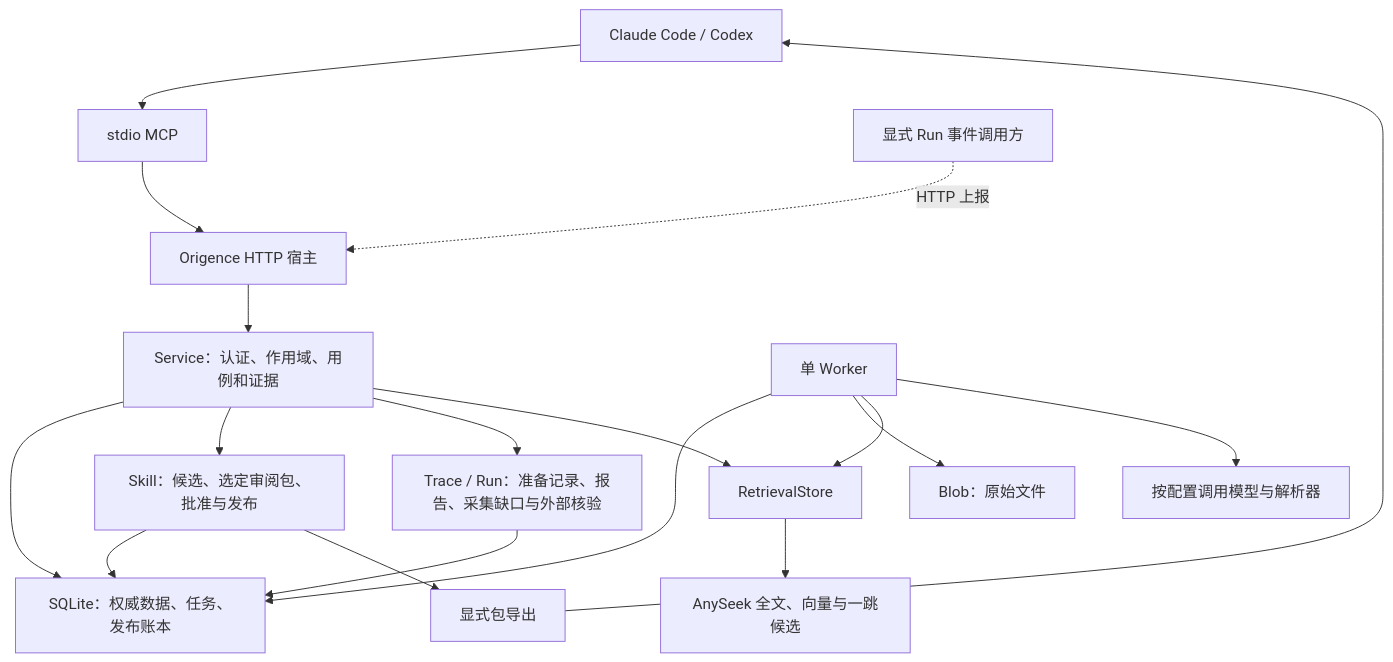
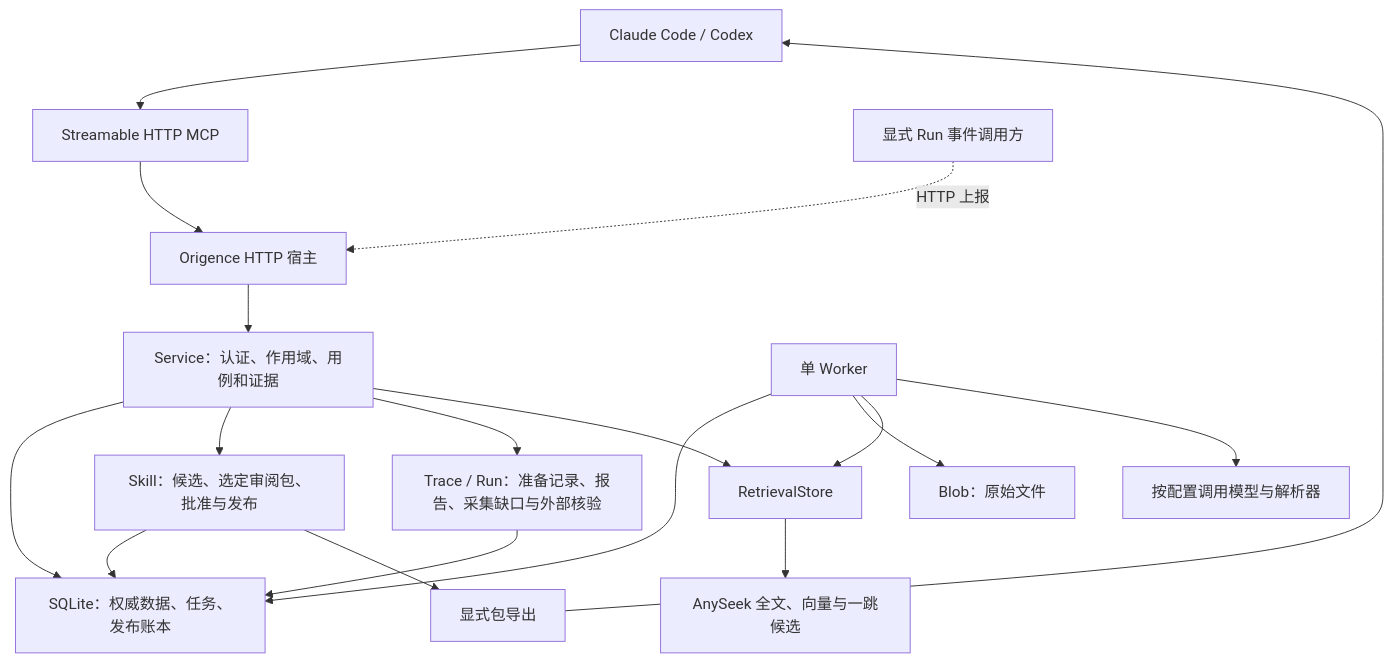
One commit to TheLudlows/Origence changed the diagram in docs/design/current-implementation.md. Above: the diagram before and after it, drawn with Mermaid. The commit also changed other lines of this file and 31 other files, not shown here.

Commit message:
Make Streamable HTTP the sole MCP transport

````diff
--- a/docs/design/current-implementation.md
+++ b/docs/design/current-implementation.md
@@ -18,20 +18,20 @@
 ```mermaid
 flowchart TD
-    C[Claude Code / Codex] --> M[stdio MCP]
+    C[Claude Code / Codex] --> M[Streamable HTTP MCP]
     M --> H[Origence HTTP 宿主]
     H --> S[Service：认证、作用域、用例和证据]
     S --> A[SQLite：权威数据、任务、发布账本]
     S --> K[Skill：候选、选定审阅包、批准与发布]
     K --> A
     K --> E[显式包导出]
     E --> C
     S --> O[Trace / Run：准备记录、报告、采集缺口与外部核验]
     O --> A
     X[显式 Run 事件调用方] -. HTTP 上报 .-> H
     W[单 Worker] --> A
     W --> B[Blob：原始文件]
     W --> R[RetrievalStore]
     S --> R
     R --> F[AnySeek 全文、向量与一跳候选]
     W --> P[按配置调用模型与解析器]
 ```
````
